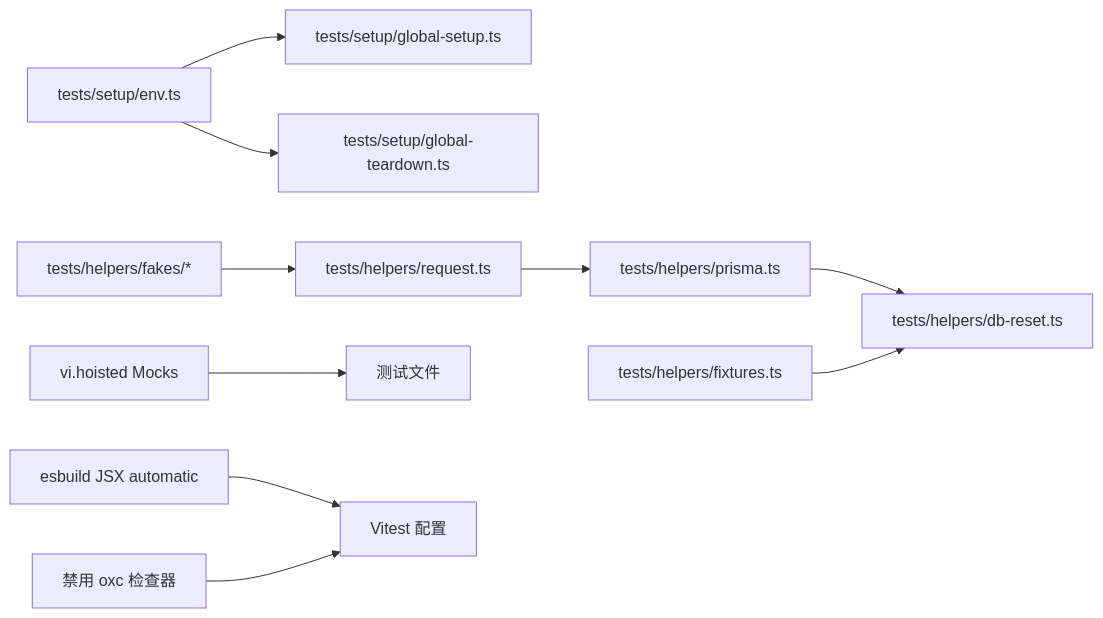
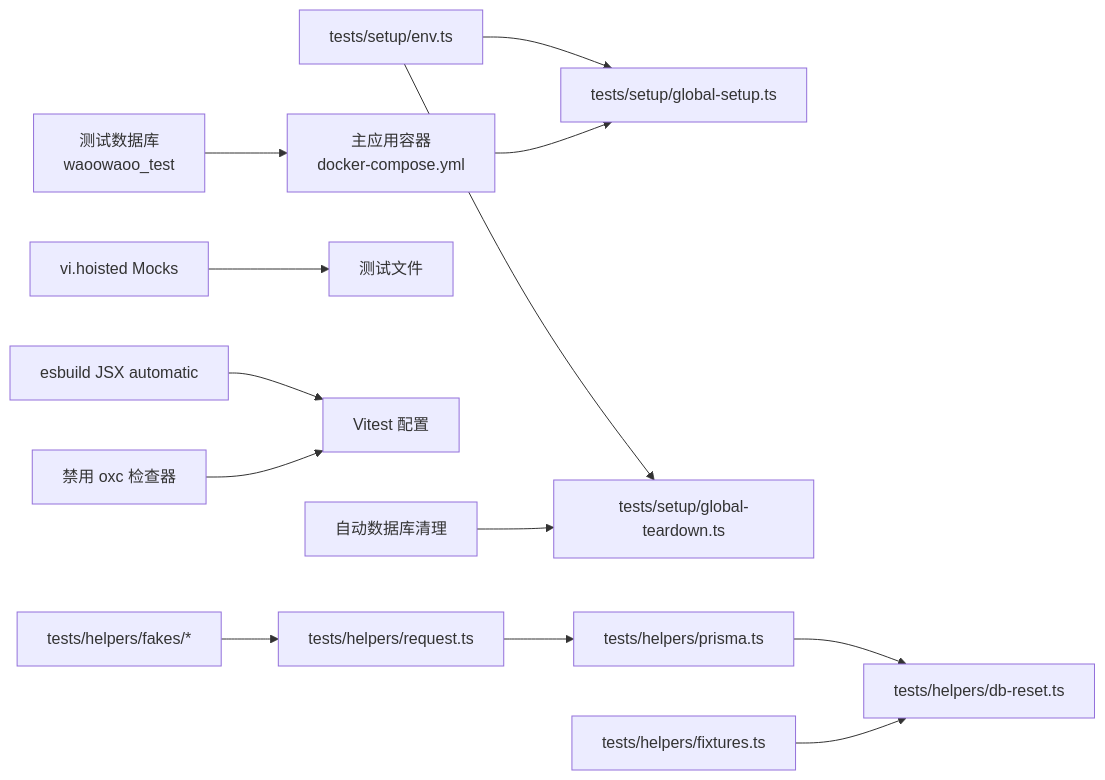
Before and after one commit to lyl2021/waoowaoo: the sixth of 6 diagrams in .qoder/repowiki/zh/content/测试策略/测试基础设施.md, drawn with Mermaid. The commit also changed other lines of this file and 41 other files, not shown here.

````diff
--- a/.qoder/repowiki/zh/content/测试策略/测试基础设施.md
+++ b/.qoder/repowiki/zh/content/测试策略/测试基础设施.md
@@ -412,12 +432,15 @@
 ```mermaid
 graph LR
 ENV["tests/setup/env.ts"] --> GS["tests/setup/global-setup.ts"]
 ENV --> GT["tests/setup/global-teardown.ts"]
 PRIS["tests/helpers/prisma.ts"] --> DBR["tests/helpers/db-reset.ts"]
 FIX["tests/helpers/fixtures.ts"] --> DBR
 REQ["tests/helpers/request.ts"] --> PRIS
 FAKE["tests/helpers/fakes/*"] --> REQ
 HOISTED["vi.hoisted Mocks"] --> TESTS["测试文件"]
 JSX["esbuild JSX automatic"] --> VITEST["Vitest 配置"]
 OXCFIX["禁用 oxc 检查器"] --> VITEST
+MAINAPP["主应用容器<br/>docker-compose.yml"] --> GS
+TESTDB["测试数据库<br/>waoowaoo_test"] --> MAINAPP
+AUTOCLEAN["自动数据库清理"] --> GT
 ```
````
